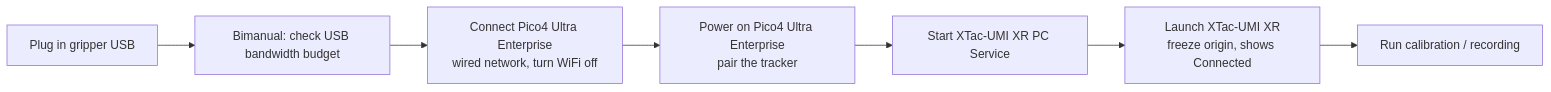
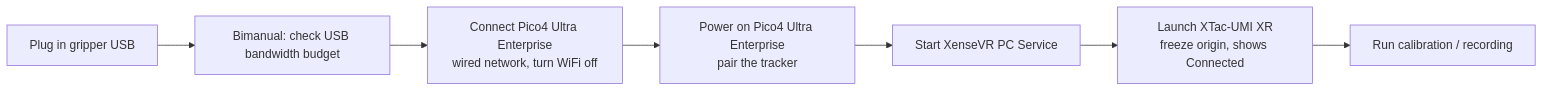
One commit to XenseRobotics-AI/XTac-UMI-G1-Docs changed the diagram in docs/pc/index.en.md. Above: the diagram before and after it, drawn with Mermaid. The commit also changed other lines of this file and 20 other files, not shown here.

First line of the commit message:
docs: 撤回 XenseVR PC Service 的改名,只有头显 APP 叫 XTac-UMI XR

````diff
--- a/docs/pc/index.en.md
+++ b/docs/pc/index.en.md
@@ -49,9 +49,9 @@
 ```mermaid
 flowchart LR
     A[Plug in gripper USB] --> U[Bimanual: check USB bandwidth budget]
     U --> N[Connect Pico4 Ultra Enterprise<br/>wired network, turn WiFi off]
     N --> B[Power on Pico4 Ultra Enterprise<br/>pair the tracker]
-    B --> D[Start XTac-UMI XR PC Service]
+    B --> D[Start XenseVR PC Service]
     D --> C[Launch XTac-UMI XR<br/>freeze origin, shows Connected]
     C --> E[Run calibration / recording]
 ```
````
